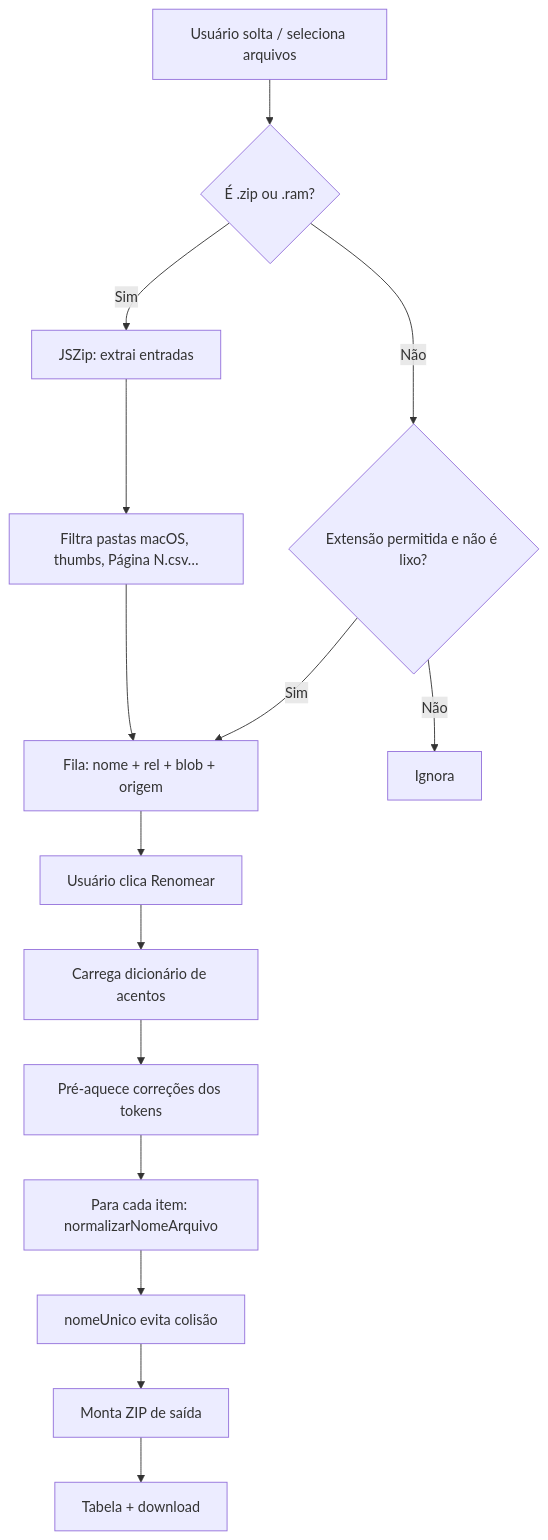
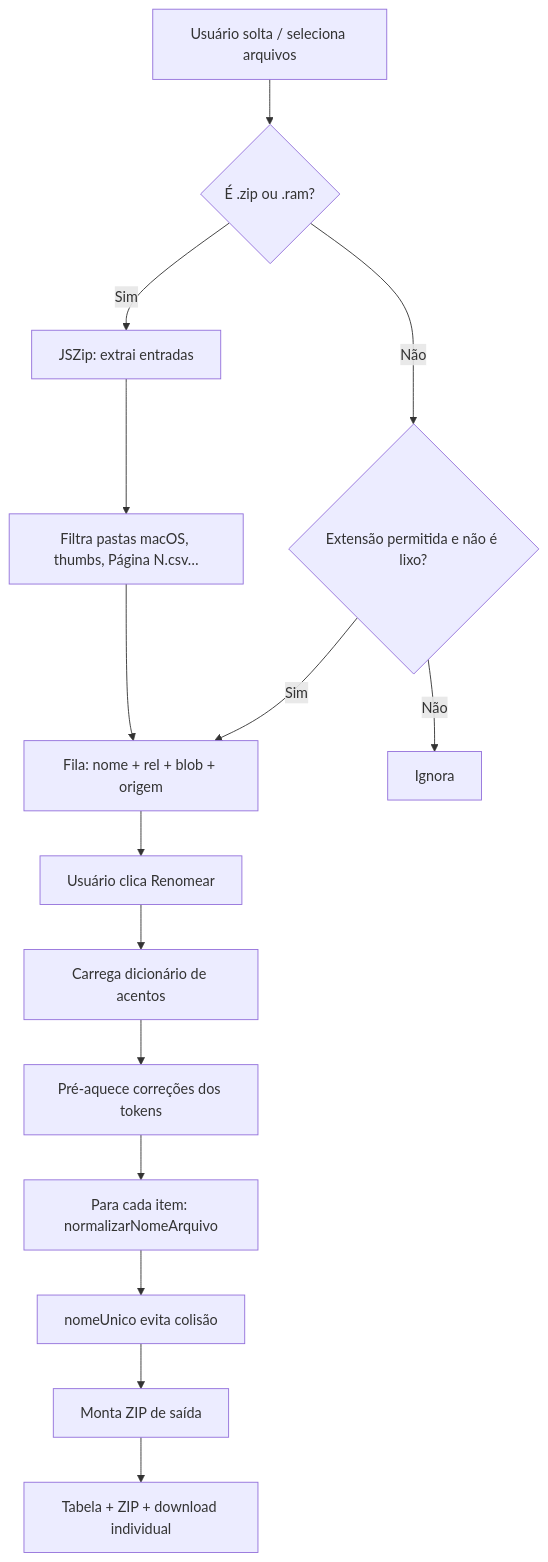
The first of 2 diagrams in Doc/tratamento-nomes.md (Miguel-Tobias-Vaz/centro-operacao), drawn with Mermaid before and after one commit. The commit also changed other lines of this file and 5 other files, not shown here.

````diff
--- a/Doc/tratamento-nomes.md
+++ b/Doc/tratamento-nomes.md
@@ -35,17 +43,17 @@
 ```mermaid
 flowchart TD
     A[Usuário solta / seleciona arquivos] --> B{É .zip ou .ram?}
     B -->|Sim| C[JSZip: extrai entradas]
     C --> D[Filtra pastas macOS, thumbs, Página N.csv…]
     D --> E[Fila: nome + rel + blob + origem]
     B -->|Não| F{Extensão permitida e não é lixo?}
     F -->|Não| G[Ignora]
     F -->|Sim| E
     E --> H[Usuário clica Renomear]
     H --> I[Carrega dicionário de acentos]
     I --> J[Pré-aquece correções dos tokens]
     J --> K[Para cada item: normalizarNomeArquivo]
     K --> L[nomeUnico evita colisão]
     L --> M[Monta ZIP de saída]
-    M --> N[Tabela + download]
+    M --> N[Tabela + ZIP + download individual]
 ```
````
